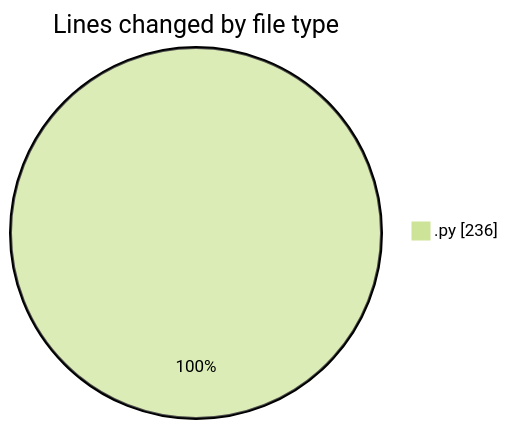
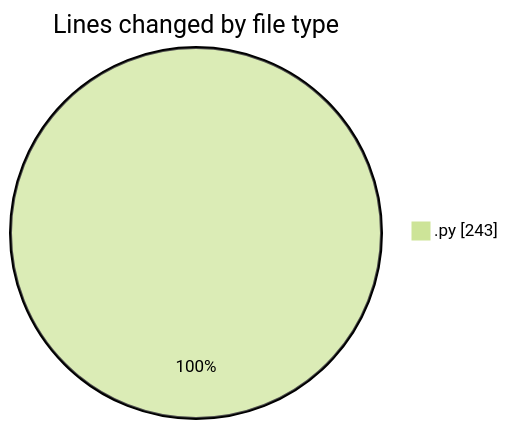
The first of 2 diagrams in 2025-08-03/tts/README.md (EIIisD/code-tracking), drawn with Mermaid (forest theme) before and after one commit. The commit also changed other lines of this file and 1 other file, not shown here.

````diff
--- a/2025-08-03/tts/README.md
+++ b/2025-08-03/tts/README.md
@@ -21,5 +21,5 @@
 ```mermaid
 pie showData
 title Lines changed by file type
-".py" : 236
+".py" : 243
 ```
````
